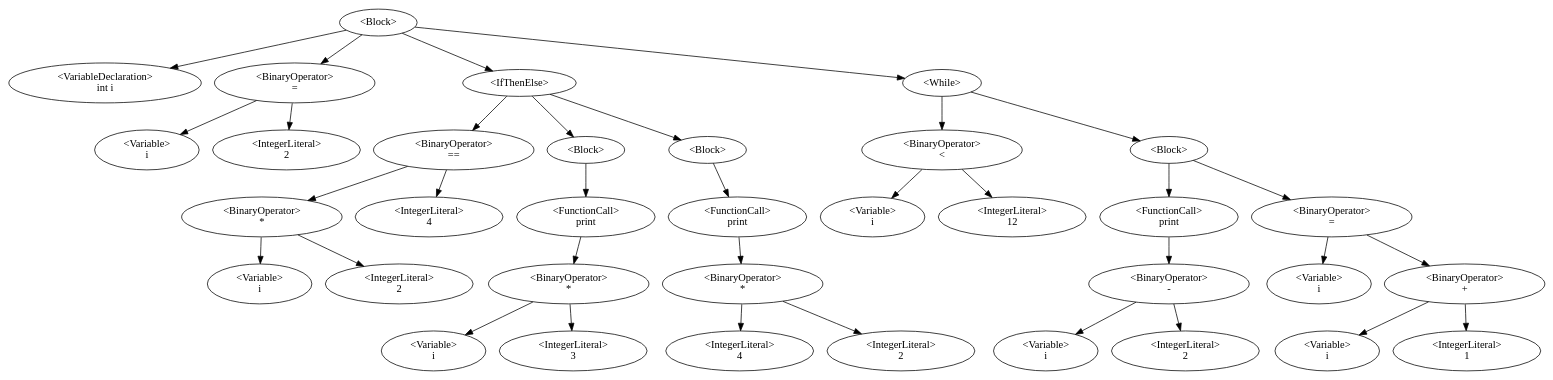
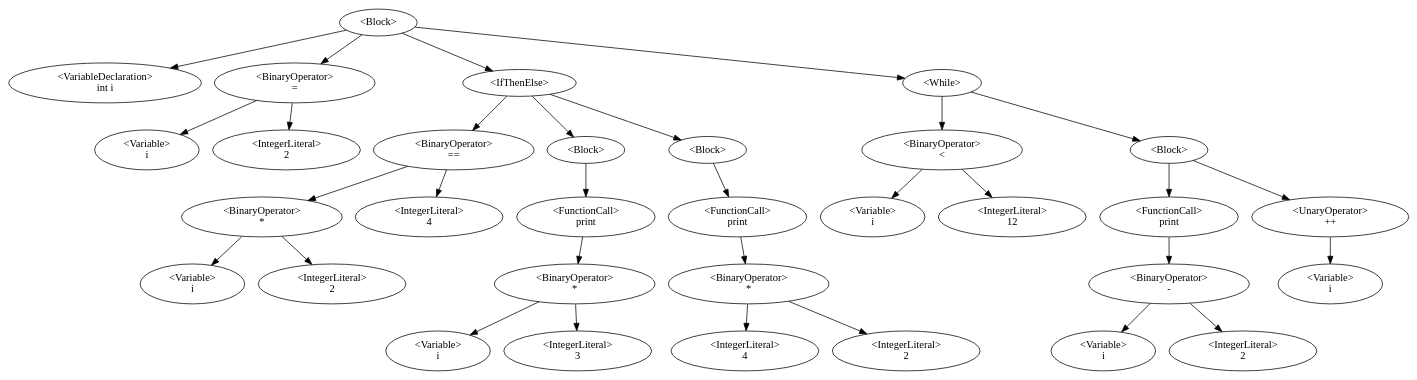
One commit to QazmoQwerty/dino changed the diagram in Dino/Dino/AstDisplay.gv. Above: the diagram before and after it, drawn with Graphviz. The commit also changed 4 other files, not shown here.

```diff
--- a/Dino/Dino/AstDisplay.gv
+++ b/Dino/Dino/AstDisplay.gv
@@ -1,37 +1,34 @@
 digraph G {
 0 [label="<Block>"];0->1;0->3;0->5;0->23;
 1 [label="<VariableDeclaration>\nint i"];
 3 [label="<BinaryOperator>\n="];3->2;3->4;
 2 [label="<Variable>\ni"];
 4 [label="<IntegerLiteral>\n2"];
 5 [label="<IfThenElse>"];5->9;5->11;5->17;
 9 [label="<BinaryOperator>\n=="];9->7;9->10;
 7 [label="<BinaryOperator>\n*"];7->6;7->8;
 6 [label="<Variable>\ni"];
 8 [label="<IntegerLiteral>\n2"];
 10 [label="<IntegerLiteral>\n4"];
 11 [label="<Block>"];11->13;
 13 [label="<FunctionCall>\nprint"];13->15;
 15 [label="<BinaryOperator>\n*"];15->14;15->16;
 14 [label="<Variable>\ni"];
 16 [label="<IntegerLiteral>\n3"];
 17 [label="<Block>"];17->19;
 19 [label="<FunctionCall>\nprint"];19->21;
 21 [label="<BinaryOperator>\n*"];21->20;21->22;
 20 [label="<IntegerLiteral>\n4"];
 22 [label="<IntegerLiteral>\n2"];
 23 [label="<While>"];23->25;23->27;
 25 [label="<BinaryOperator>\n<"];25->24;25->26;
 24 [label="<Variable>\ni"];
 26 [label="<IntegerLiteral>\n12"];
-27 [label="<Block>"];27->29;27->34;
+27 [label="<Block>"];27->29;27->33;
 29 [label="<FunctionCall>\nprint"];29->31;
 31 [label="<BinaryOperator>\n-"];31->30;31->32;
 30 [label="<Variable>\ni"];
 32 [label="<IntegerLiteral>\n2"];
-34 [label="<BinaryOperator>\n="];34->33;34->36;
-33 [label="<Variable>\ni"];
-36 [label="<BinaryOperator>\n+"];36->35;36->37;
-35 [label="<Variable>\ni"];
-37 [label="<IntegerLiteral>\n1"];
+33 [label="<UnaryOperator>\n++"];33->34;
+34 [label="<Variable>\ni"];
 }
```
